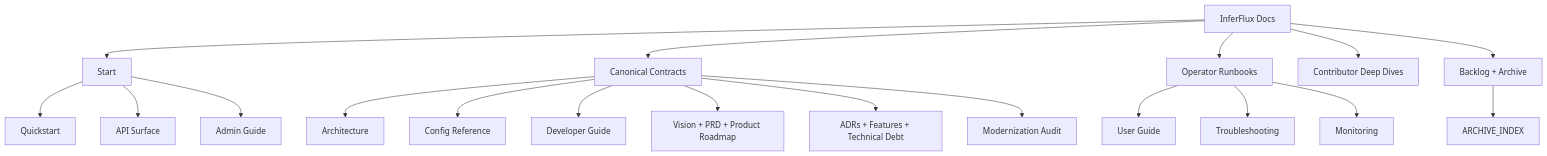
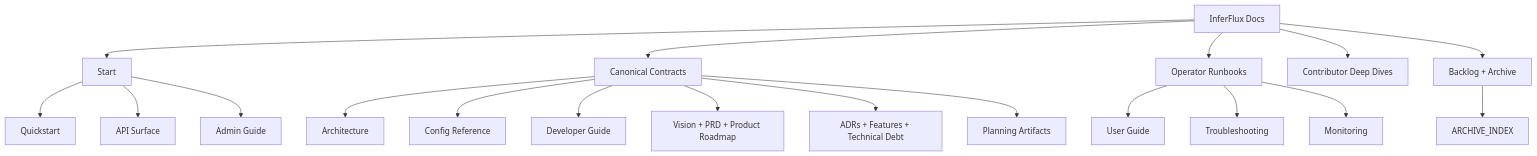
One commit to anvai-labs/inferflux changed the diagram in docs/INDEX.md. Above: the diagram before and after it, drawn with Mermaid. The commit also changed 7 other files, not shown here.

````diff
--- a/docs/INDEX.md
+++ b/docs/INDEX.md
@@ -5,25 +5,25 @@
 ```mermaid
 graph TD
     A[InferFlux Docs] --> B[Start]
     A --> C[Canonical Contracts]
     A --> D[Operator Runbooks]
     A --> E[Contributor Deep Dives]
     A --> F[Backlog + Archive]
 
     B --> B1[Quickstart]
     B --> B2[API Surface]
     B --> B3[Admin Guide]
 
     C --> C1[Architecture]
     C --> C2[Config Reference]
     C --> C3[Developer Guide]
     C --> C4[Vision + PRD + Product Roadmap]
     C --> C6[ADRs + Features + Technical Debt]
-    C --> C5[Modernization Audit]
+    C --> C5[Planning Artifacts]
 
     D --> D1[User Guide]
     D --> D2[Troubleshooting]
     D --> D3[Monitoring]
 
     F --> F2[ARCHIVE_INDEX]
 ```
````
